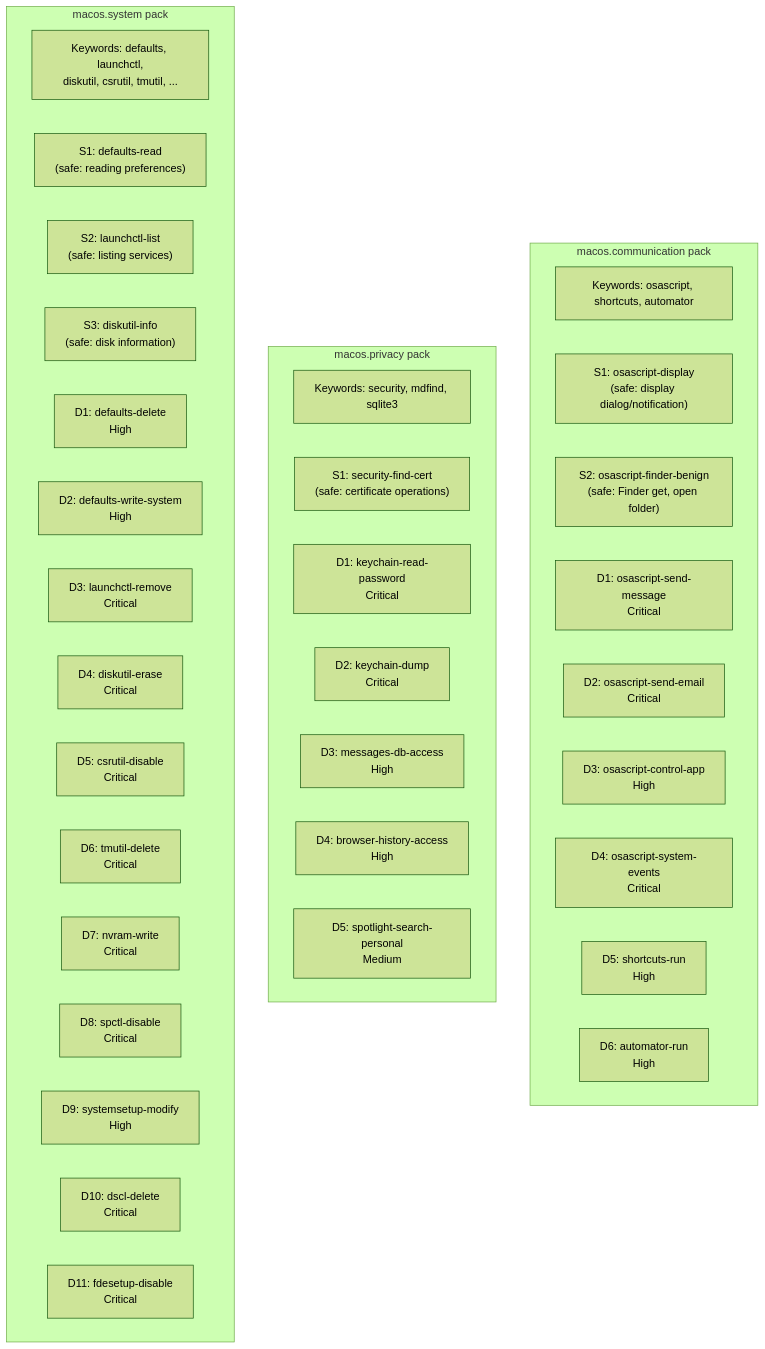
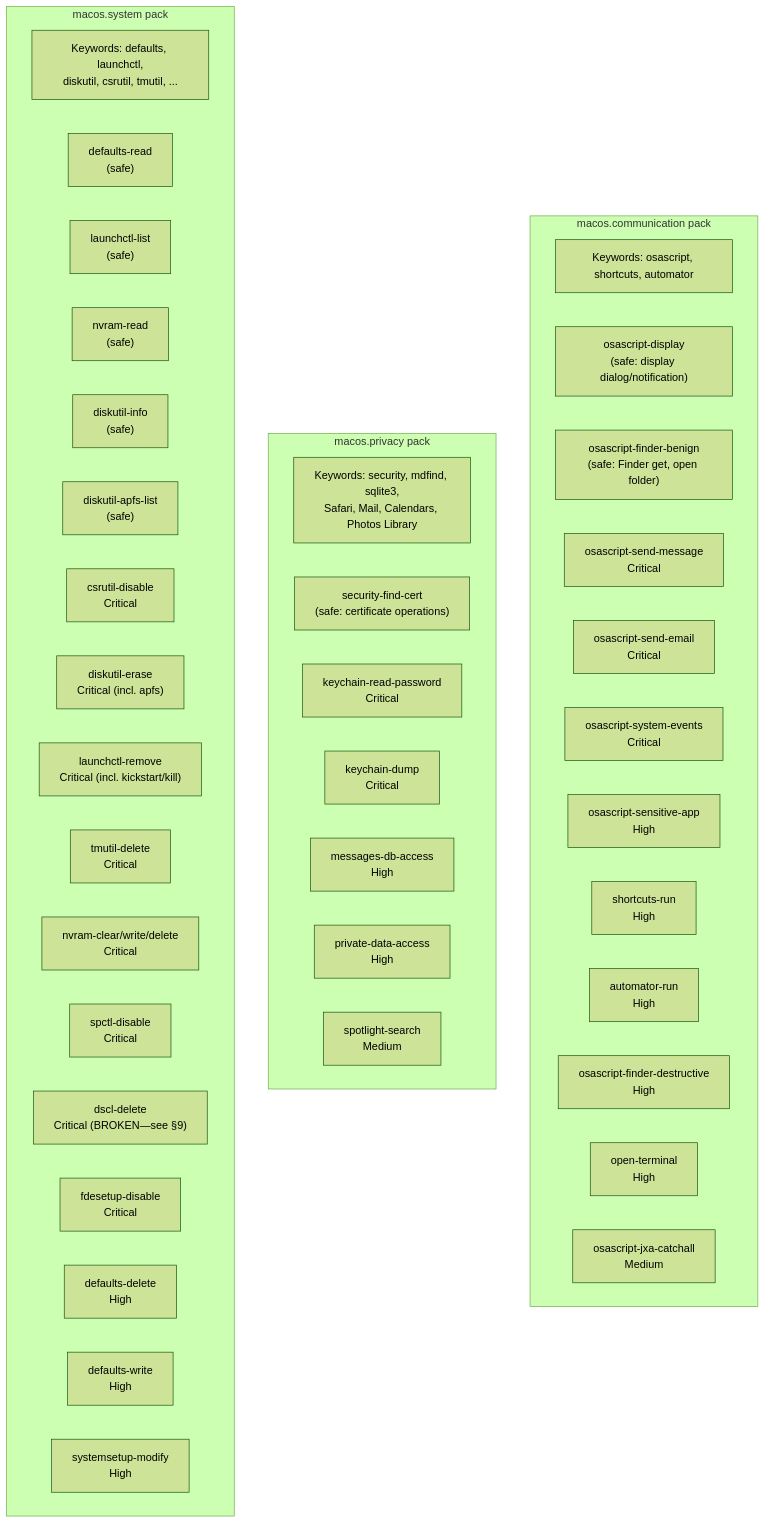
The first of 2 diagrams in docs/plans/03g-packs-macos.md (dcosson/destructive-command-guard-go), drawn with Mermaid (forest theme) before and after one commit. The commit also changed other lines of this file and 2 other files, not shown here.

````diff
--- a/docs/plans/03g-packs-macos.md
+++ b/docs/plans/03g-packs-macos.md
@@ -52,42 +52,47 @@
 ```mermaid
 graph TB
     subgraph "macos.communication pack"
         COM_KW["Keywords: osascript, shortcuts, automator"]
-        COM_S1["S1: osascript-display<br/>(safe: display dialog/notification)"]
-        COM_S2["S2: osascript-finder-benign<br/>(safe: Finder get, open folder)"]
-        COM_D1["D1: osascript-send-message<br/>Critical"]
-        COM_D2["D2: osascript-send-email<br/>Critical"]
-        COM_D3["D3: osascript-control-app<br/>High"]
-        COM_D4["D4: osascript-system-events<br/>Critical"]
-        COM_D5["D5: shortcuts-run<br/>High"]
-        COM_D6["D6: automator-run<br/>High"]
+        COM_S1["osascript-display<br/>(safe: display dialog/notification)"]
+        COM_S2["osascript-finder-benign<br/>(safe: Finder get, open folder)"]
+        COM_D1["osascript-send-message<br/>Critical"]
+        COM_D2["osascript-send-email<br/>Critical"]
+        COM_D3["osascript-system-events<br/>Critical"]
+        COM_D4["osascript-sensitive-app<br/>High"]
+        COM_D5["shortcuts-run<br/>High"]
+        COM_D6["automator-run<br/>High"]
+        COM_D7["osascript-finder-destructive<br/>High"]
+        COM_D8["open-terminal<br/>High"]
+        COM_D9["osascript-jxa-catchall<br/>Medium"]
     end
 
     subgraph "macos.privacy pack"
-        PRI_KW["Keywords: security, mdfind, sqlite3"]
-        PRI_S1["S1: security-find-cert<br/>(safe: certificate operations)"]
-        PRI_D1["D1: keychain-read-password<br/>Critical"]
-        PRI_D2["D2: keychain-dump<br/>Critical"]
-        PRI_D3["D3: messages-db-access<br/>High"]
-        PRI_D4["D4: browser-history-access<br/>High"]
-        PRI_D5["D5: spotlight-search-personal<br/>Medium"]
+        PRI_KW["Keywords: security, mdfind, sqlite3,<br/>Safari, Mail, Calendars, Photos Library"]
+        PRI_S1["security-find-cert<br/>(safe: certificate operations)"]
+        PRI_D1["keychain-read-password<br/>Critical"]
+        PRI_D2["keychain-dump<br/>Critical"]
+        PRI_D3["messages-db-access<br/>High"]
+        PRI_D4["private-data-access<br/>High"]
+        PRI_D5["spotlight-search<br/>Medium"]
     end
 
     subgraph "macos.system pack"
         SYS_KW["Keywords: defaults, launchctl,<br/>diskutil, csrutil, tmutil, ..."]
-        SYS_S1["S1: defaults-read<br/>(safe: reading preferences)"]
-        SYS_S2["S2: launchctl-list<br/>(safe: listing services)"]
-        SYS_S3["S3: diskutil-info<br/>(safe: disk information)"]
-        SYS_D1["D1: defaults-delete<br/>High"]
-        SYS_D2["D2: defaults-write-system<br/>High"]
-        SYS_D3["D3: launchctl-remove<br/>Critical"]
-        SYS_D4["D4: diskutil-erase<br/>Critical"]
-        SYS_D5["D5: csrutil-disable<br/>Critical"]
-        SYS_D6["D6: tmutil-delete<br/>Critical"]
-        SYS_D7["D7: nvram-write<br/>Critical"]
-        SYS_D8["D8: spctl-disable<br/>Critical"]
-        SYS_D9["D9: systemsetup-modify<br/>High"]
-        SYS_D10["D10: dscl-delete<br/>Critical"]
-        SYS_D11["D11: fdesetup-disable<br/>Critical"]
+        SYS_S1["defaults-read<br/>(safe)"]
+        SYS_S2["launchctl-list<br/>(safe)"]
+        SYS_S3["nvram-read<br/>(safe)"]
+        SYS_S4["diskutil-info<br/>(safe)"]
+        SYS_S4a["diskutil-apfs-list<br/>(safe)"]
+        SYS_D1["csrutil-disable<br/>Critical"]
+        SYS_D2["diskutil-erase<br/>Critical (incl. apfs)"]
+        SYS_D3["launchctl-remove<br/>Critical (incl. kickstart/kill)"]
+        SYS_D4["tmutil-delete<br/>Critical"]
+        SYS_D5["nvram-clear/write/delete<br/>Critical"]
+        SYS_D6["spctl-disable<br/>Critical"]
+        SYS_D7["dscl-delete<br/>Critical (BROKEN—see §9)"]
+        SYS_D8["fdesetup-disable<br/>Critical"]
+        SYS_D9["defaults-delete<br/>High"]
+        SYS_D10["defaults-write<br/>High"]
+        SYS_D11["systemsetup-modify<br/>High"]
     end
 ```
````
